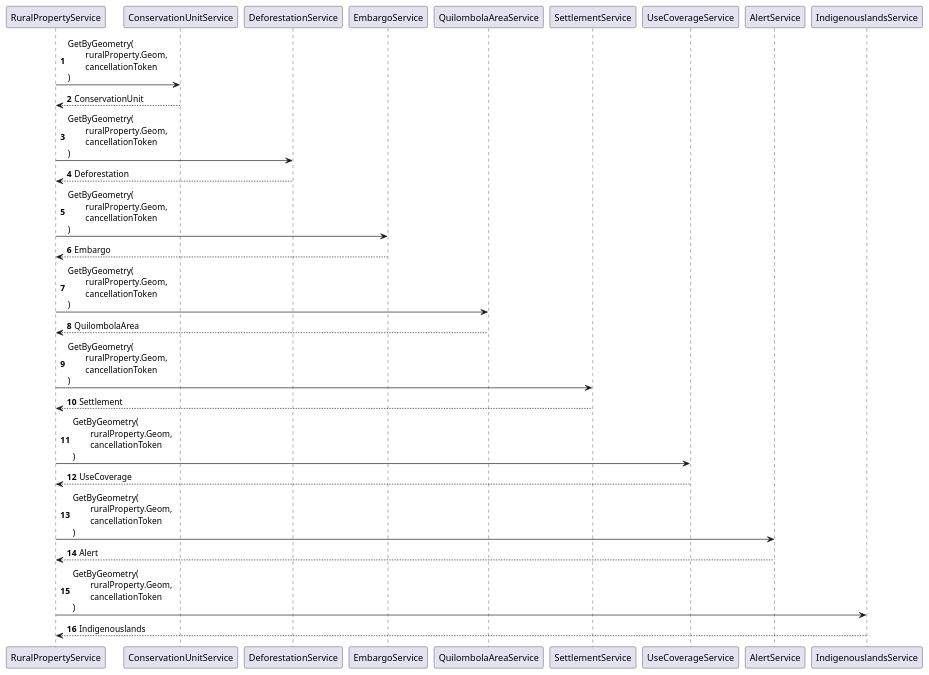
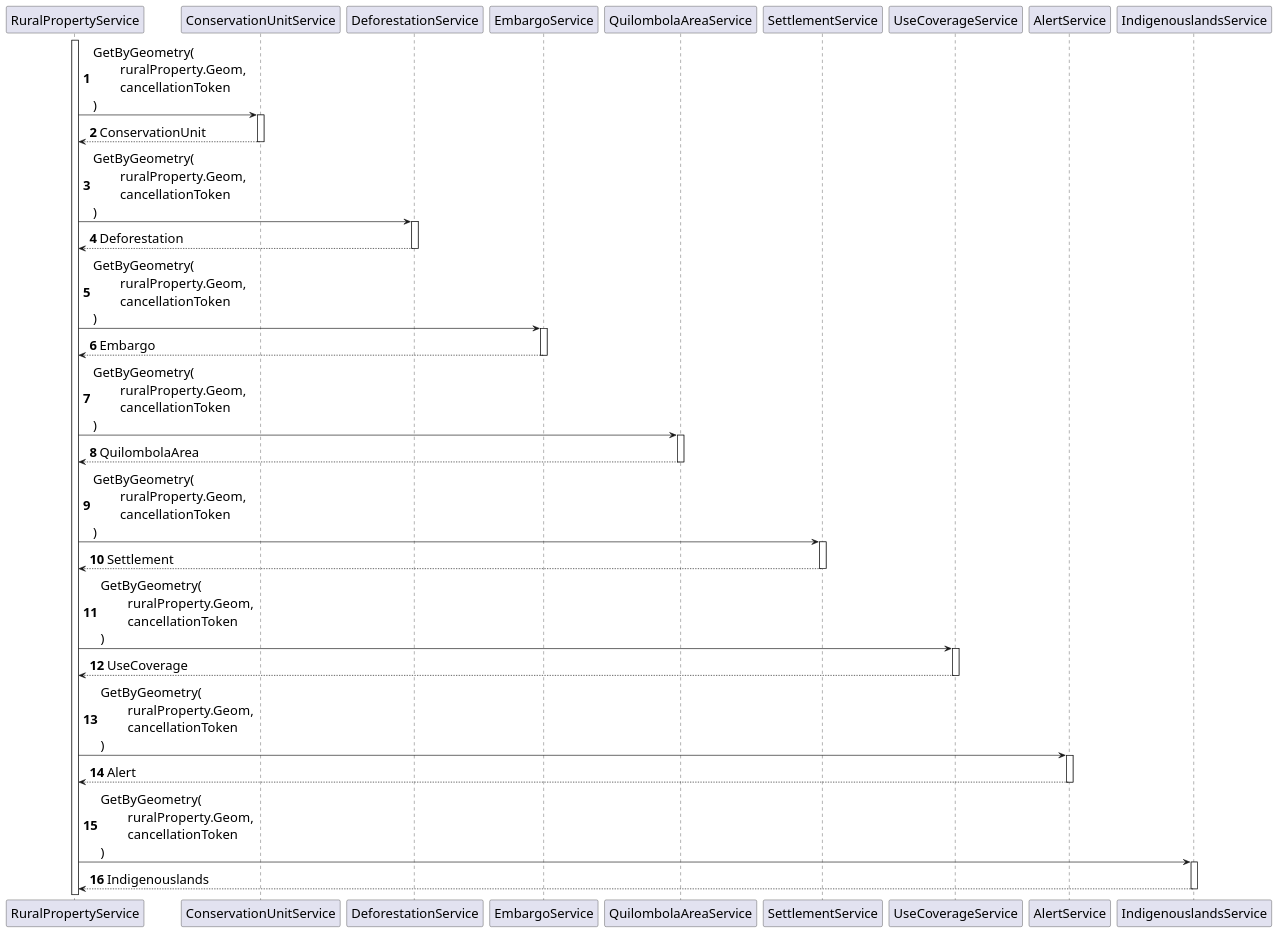
One commit to ruralgises/documentation changed the diagram in sequence-diagram/sequence-diagram-of-classes-that-implement IGeoSpatialBaseService.plantuml. Above: the diagram before and after it, drawn with PlantUML.

Commit message:
Update sequence-diagram-of-classes-that-implement IGeoSpatialBaseService.plantuml

```diff
--- a/sequence-diagram/sequence-diagram-of-classes-that-implement IGeoSpatialBaseService.plantuml
+++ b/sequence-diagram/sequence-diagram-of-classes-that-implement IGeoSpatialBaseService.plantuml
@@ -1,28 +1,30 @@
 @startuml
+skinparam DefaultFontSize 20
 autonumber
 
-"RuralPropertyService" -> "ConservationUnitService" : GetByGeometry(\n\truralProperty.Geom, \n\tcancellationToken\n)
-"ConservationUnitService" --> "RuralPropertyService" : ConservationUnit
+Activate "RuralPropertyService"
+"RuralPropertyService" -> "ConservationUnitService" ++: GetByGeometry(\n\truralProperty.Geom, \n\tcancellationToken\n)
+"ConservationUnitService" --> "RuralPropertyService" --: ConservationUnit
 
-"RuralPropertyService" -> "DeforestationService" : GetByGeometry(\n\truralProperty.Geom, \n\tcancellationToken\n)
-"DeforestationService" --> "RuralPropertyService" : Deforestation
+"RuralPropertyService" -> "DeforestationService" ++: GetByGeometry(\n\truralProperty.Geom, \n\tcancellationToken\n)
+"DeforestationService" --> "RuralPropertyService" --: Deforestation
 
-"RuralPropertyService" -> "EmbargoService" : GetByGeometry(\n\truralProperty.Geom, \n\tcancellationToken\n)
-"EmbargoService" --> "RuralPropertyService" : Embargo
+"RuralPropertyService" -> "EmbargoService" ++: GetByGeometry(\n\truralProperty.Geom, \n\tcancellationToken\n)
+"EmbargoService" --> "RuralPropertyService" --: Embargo
 
-"RuralPropertyService" -> "QuilombolaAreaService" : GetByGeometry(\n\truralProperty.Geom, \n\tcancellationToken\n)
-"QuilombolaAreaService" --> "RuralPropertyService" : QuilombolaArea
+"RuralPropertyService" -> "QuilombolaAreaService" ++: GetByGeometry(\n\truralProperty.Geom, \n\tcancellationToken\n)
+"QuilombolaAreaService" --> "RuralPropertyService" --: QuilombolaArea
 
-"RuralPropertyService" -> "SettlementService" : GetByGeometry(\n\truralProperty.Geom, \n\tcancellationToken\n)
-"SettlementService" --> "RuralPropertyService" : Settlement
+"RuralPropertyService" -> "SettlementService" ++: GetByGeometry(\n\truralProperty.Geom, \n\tcancellationToken\n)
+"SettlementService" --> "RuralPropertyService" --: Settlement
 
-"RuralPropertyService" -> "UseCoverageService" : GetByGeometry(\n\truralProperty.Geom, \n\tcancellationToken\n)
-"UseCoverageService" --> "RuralPropertyService" : UseCoverage
+"RuralPropertyService" -> "UseCoverageService" ++: GetByGeometry(\n\truralProperty.Geom, \n\tcancellationToken\n)
+"UseCoverageService" --> "RuralPropertyService" --: UseCoverage
 
-"RuralPropertyService" -> "AlertService" : GetByGeometry(\n\truralProperty.Geom, \n\tcancellationToken\n)
-"AlertService" --> "RuralPropertyService" : Alert
+"RuralPropertyService" -> "AlertService" ++: GetByGeometry(\n\truralProperty.Geom, \n\tcancellationToken\n)
+"AlertService" --> "RuralPropertyService" --: Alert
 
-"RuralPropertyService" -> "IndigenouslandsService" : GetByGeometry(\n\truralProperty.Geom, \n\tcancellationToken\n)
-"IndigenouslandsService" --> "RuralPropertyService" : Indigenouslands
+"RuralPropertyService" -> "IndigenouslandsService" ++: GetByGeometry(\n\truralProperty.Geom, \n\tcancellationToken\n)
+"IndigenouslandsService" --> "RuralPropertyService" --: Indigenouslands
 
 @enduml
```
